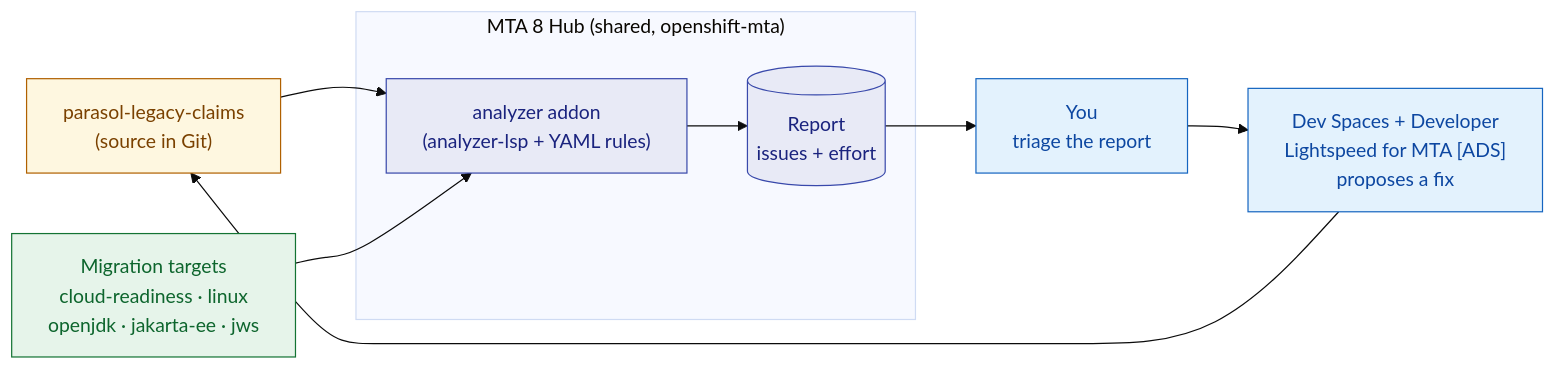
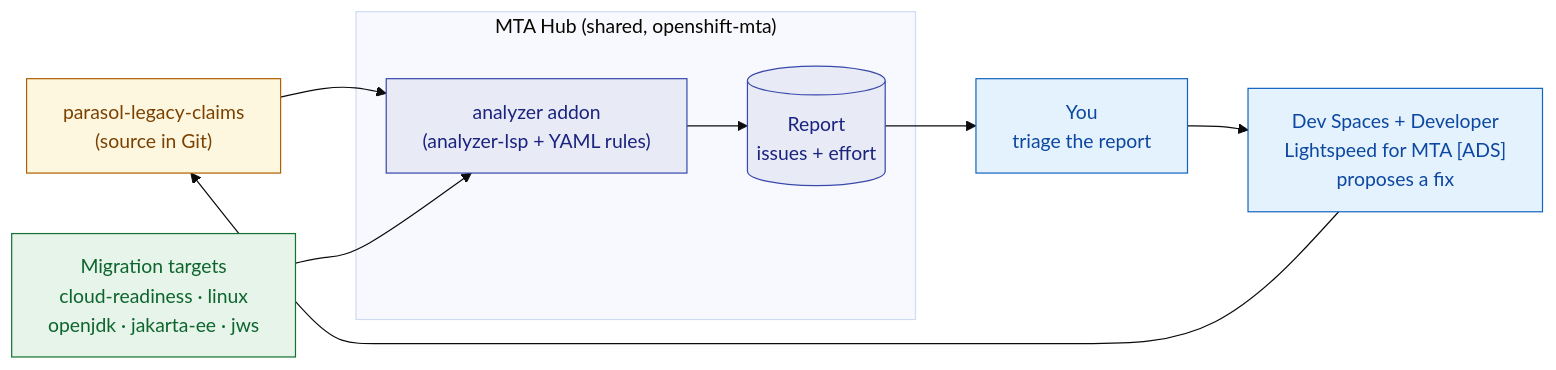
Before and after one commit to serhat-dirik/OCP-Getting-Started-Revamped: the diagram in content/modules/ROOT/examples/diagrams/app-modernization/01-mta-flow.mmd, drawn with Mermaid (base theme). The commit also changed 11 other files, not shown here.

First line of the commit message:
fix(content): convert the last diagrams to the house line-break and placeholder style

```diff
--- a/content/modules/ROOT/examples/diagrams/app-modernization/01-mta-flow.mmd
+++ b/content/modules/ROOT/examples/diagrams/app-modernization/01-mta-flow.mmd
@@ -1,18 +1,18 @@
 graph LR
   repo["parasol-legacy-claims<br/>(source in Git)"]
-  subgraph hub["MTA 8 Hub (shared, openshift-mta)"]
+  subgraph hub["MTA Hub (shared, openshift-mta)"]
     an["analyzer addon<br/>(analyzer-lsp + YAML rules)"]
     rep[("Report<br/>issues + effort")]
   end
   targets["Migration targets<br/>cloud-readiness · linux<br/>openjdk · jakarta-ee · jws"]
   dev["You<br/>triage the report"]
   ide["Dev Spaces + Developer<br/>Lightspeed for MTA [ADS]<br/>proposes a fix"]
   repo --> an
   targets --> an
   an --> rep --> dev
   dev --> ide --> repo
   classDef src fill:#fef7e0,stroke:#b06000,color:#7a4100;
   classDef hubc fill:#e8eaf6,stroke:#3949ab,color:#1a237e;
   classDef tri fill:#e6f4ea,stroke:#137333,color:#0d652d;
   classDef sink fill:#e3f2fd,stroke:#1565c0,color:#0d47a1;
   class repo src; class an,rep hubc; class targets tri; class dev,ide sink;
```
